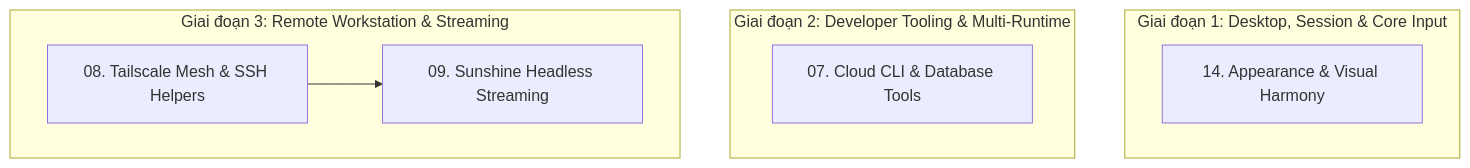
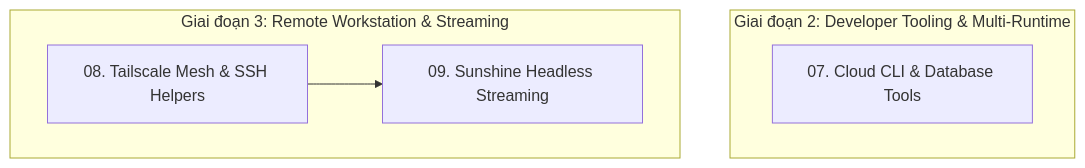
The diagram in plans/README.md (Aethries/dotfiles), drawn with Mermaid before and after one commit. The commit also changed other lines of this file and 72 other files, not shown here.

Commit message:
feat(appearance): complete plan 14 visual harmony, cursor themes, and noctalia integration

````diff
--- a/plans/README.md
+++ b/plans/README.md
@@ -9,15 +9,11 @@
 ```mermaid
 flowchart TD
-    subgraph G1["Giai đoạn 1: Desktop, Session & Core Input"]
-        P14["14. Appearance & Visual Harmony"]
-    end
-
     subgraph G2["Giai đoạn 2: Developer Tooling & Multi-Runtime"]
         P07["07. Cloud CLI & Database Tools"]
     end
 
     subgraph G3["Giai đoạn 3: Remote Workstation & Streaming"]
         P08["08. Tailscale Mesh & SSH Helpers"]
         P08 --> P09["09. Sunshine Headless Streaming"]
     end
 ```
````
